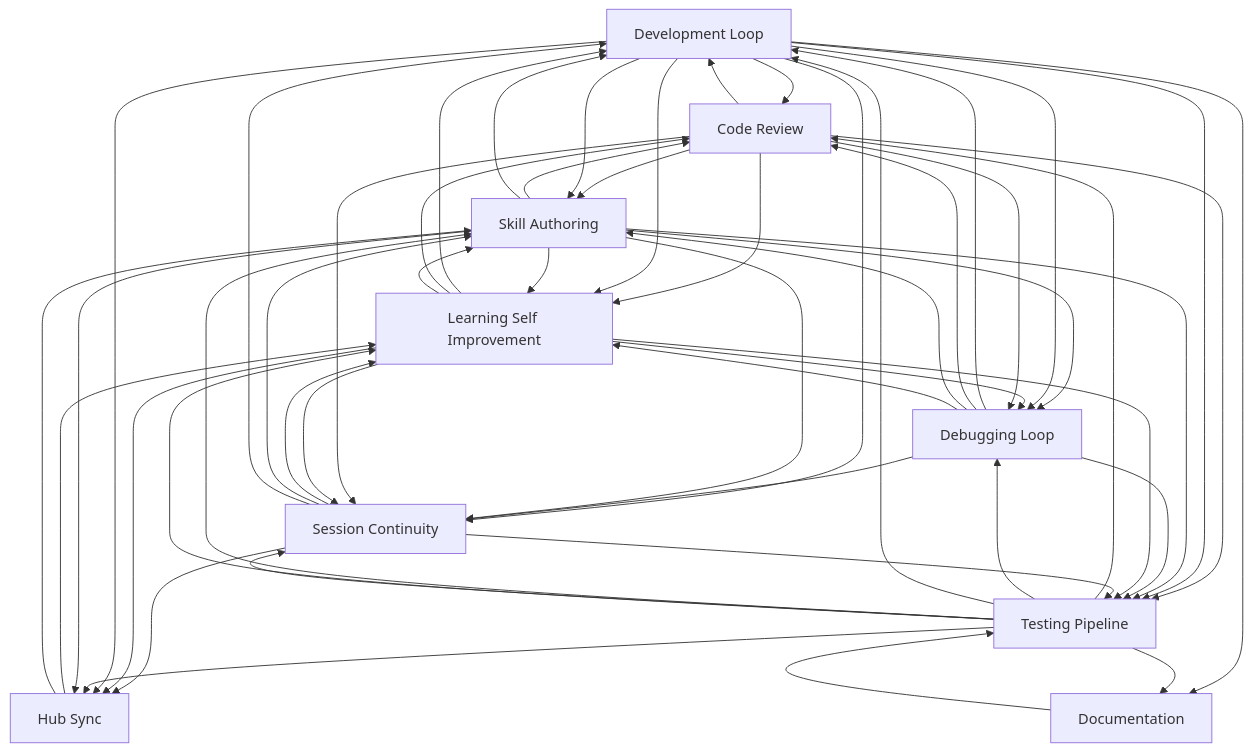
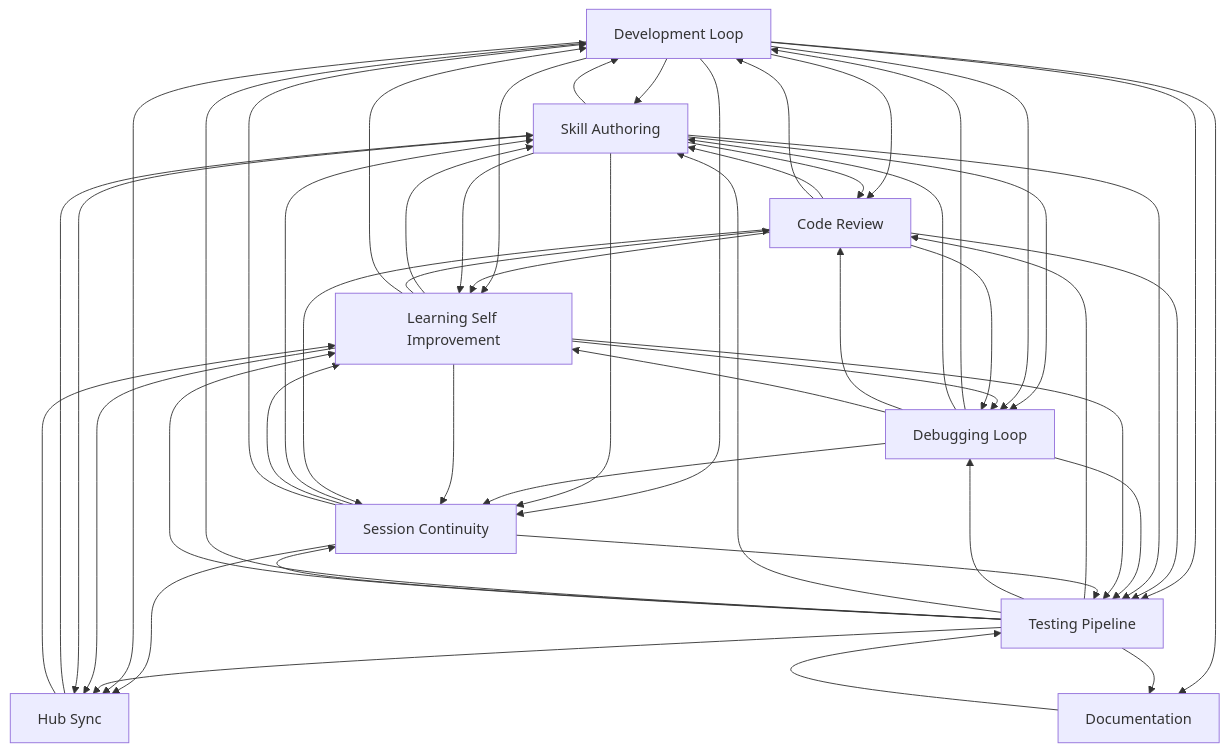
Before and after one commit to abhayla/claude-best-practices: the diagram in docs/workflows/INDEX.md, drawn with Mermaid. The commit also changed other lines of this file and 11 other files, not shown here.

````diff
--- a/docs/workflows/INDEX.md
+++ b/docs/workflows/INDEX.md
@@ -21,62 +21,62 @@
 ```mermaid
 graph TD
     development_loop[Development Loop]
     testing_pipeline[Testing Pipeline]
     debugging_loop[Debugging Loop]
     learning_self_improvement[Learning Self Improvement]
     session_continuity[Session Continuity]
     skill_authoring[Skill Authoring]
     code_review[Code Review]
     documentation[Documentation]
     hub_sync[Hub Sync]
     documentation --> testing_pipeline
+    development_loop --> skill_authoring
+    development_loop --> code_review
     code_review --> skill_authoring
     code_review --> development_loop
-    development_loop --> code_review
-    development_loop --> skill_authoring
+    development_loop --> learning_self_improvement
+    development_loop --> testing_pipeline
     code_review --> learning_self_improvement
     code_review --> testing_pipeline
-    development_loop --> learning_self_improvement
-    development_loop --> testing_pipeline
     testing_pipeline --> code_review
     testing_pipeline --> debugging_loop
+    testing_pipeline --> skill_authoring
     testing_pipeline --> development_loop
-    testing_pipeline --> skill_authoring
+    skill_authoring --> development_loop
     skill_authoring --> code_review
-    skill_authoring --> development_loop
     skill_authoring --> learning_self_improvement
     skill_authoring --> testing_pipeline
     development_loop --> session_continuity
-    debugging_loop --> session_continuity
-    debugging_loop --> development_loop
     skill_authoring --> session_continuity
     testing_pipeline --> session_continuity
-    debugging_loop --> code_review
+    debugging_loop --> development_loop
+    debugging_loop --> session_continuity
+    skill_authoring --> debugging_loop
+    development_loop --> debugging_loop
     debugging_loop --> skill_authoring
     debugging_loop --> testing_pipeline
-    skill_authoring --> debugging_loop
-    development_loop --> debugging_loop
+    debugging_loop --> code_review
+    testing_pipeline --> learning_self_improvement
     debugging_loop --> learning_self_improvement
-    testing_pipeline --> learning_self_improvement
+    learning_self_improvement --> skill_authoring
+    learning_self_improvement --> debugging_loop
+    learning_self_improvement --> testing_pipeline
+    learning_self_improvement --> code_review
     learning_self_improvement --> development_loop
-    learning_self_improvement --> debugging_loop
-    learning_self_improvement --> code_review
-    learning_self_improvement --> skill_authoring
-    learning_self_improvement --> testing_pipeline
     code_review --> debugging_loop
+    learning_self_improvement --> session_continuity
     code_review --> session_continuity
-    learning_self_improvement --> session_continuity
+    session_continuity --> hub_sync
+    session_continuity --> skill_authoring
     session_continuity --> learning_self_improvement
-    session_continuity --> skill_authoring
-    session_continuity --> hub_sync
-    learning_self_improvement --> hub_sync
     development_loop --> hub_sync
     testing_pipeline --> hub_sync
+    learning_self_improvement --> hub_sync
     development_loop --> documentation
     testing_pipeline --> documentation
     session_continuity --> development_loop
     session_continuity --> testing_pipeline
     skill_authoring --> hub_sync
+    hub_sync --> skill_authoring
     hub_sync --> learning_self_improvement
-    hub_sync --> skill_authoring
 ```
````
